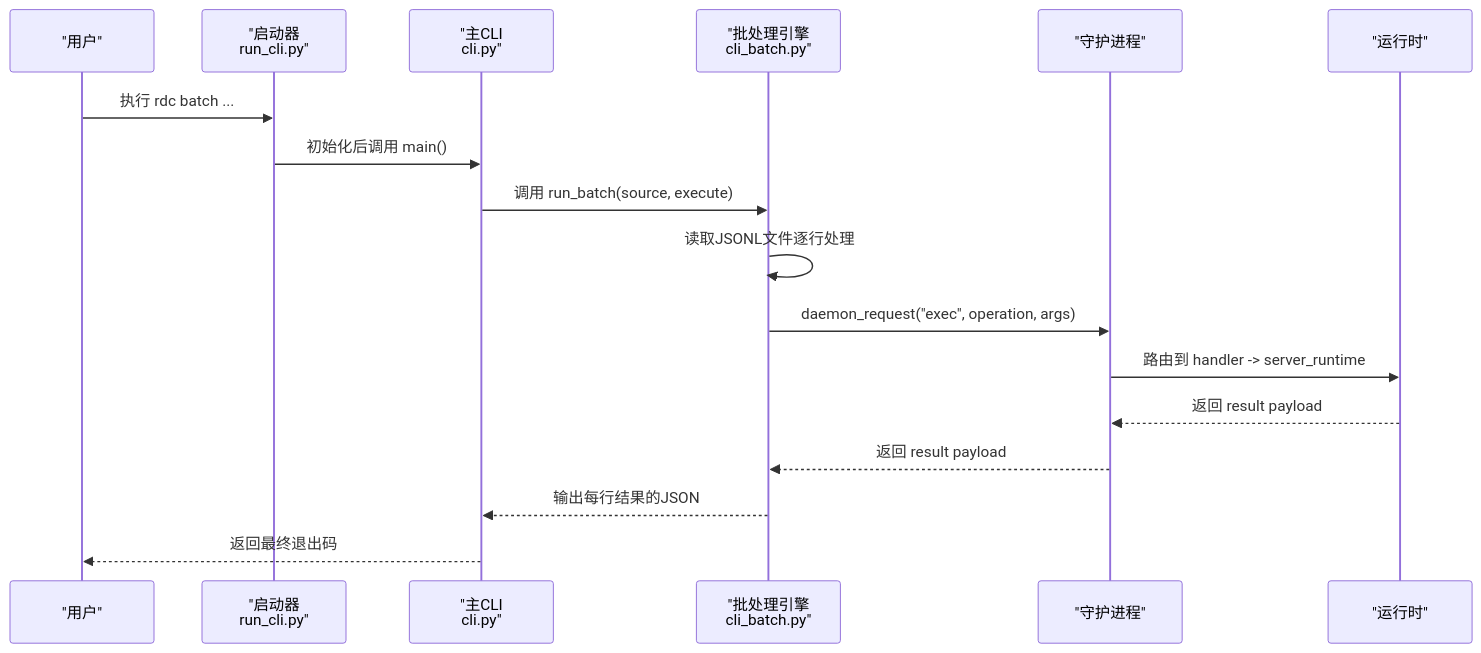
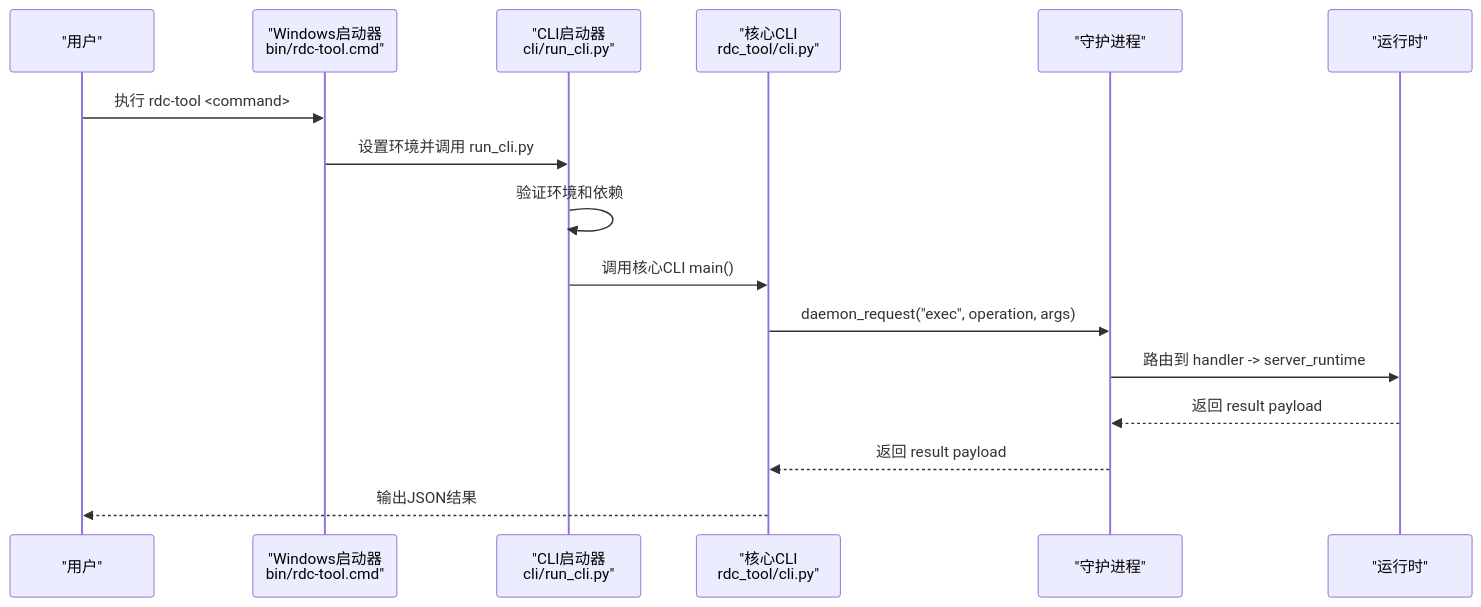
The second of 3 diagrams in .qoder/repowiki/zh/content/CLI参考手册/CLI参考手册.md (haolange/RDC-Tool), drawn with Mermaid before and after one commit. The commit also changed other lines of this file and 80 other files, not shown here.

````diff
--- a/.qoder/repowiki/zh/content/CLI参考手册/CLI参考手册.md
+++ b/.qoder/repowiki/zh/content/CLI参考手册/CLI参考手册.md
@@ -99,19 +84,18 @@
 ```mermaid
 sequenceDiagram
 participant U as "用户"
-participant L as "启动器<br/>run_cli.py"
-participant C as "主CLI<br/>cli.py"
-participant B as "批处理引擎<br/>cli_batch.py"
+participant L as "Windows启动器<br/>bin/rdc-tool.cmd"
+participant S as "CLI启动器<br/>cli/run_cli.py"
+participant C as "核心CLI<br/>rdc_tool/cli.py"
 participant D as "守护进程"
 participant R as "运行时"
-U->>L : 执行 rdc batch ...
-L->>C : 初始化后调用 main()
-C->>B : 调用 run_batch(source, execute)
-B->>B : 读取JSONL文件逐行处理
-B->>D : daemon_request("exec", operation, args)
+U->>L : 执行 rdc-tool <command>
+L->>S : 设置环境并调用 run_cli.py
+S->>S : 验证环境和依赖
+S->>C : 调用核心CLI main()
+C->>D : daemon_request("exec", operation, args)
 D->>R : 路由到 handler -> server_runtime
 R-->>D : 返回 result payload
-D-->>B : 返回 result payload
-B-->>C : 输出每行结果的JSON
-C-->>U : 返回最终退出码
+D-->>C : 返回 result payload
+C-->>U : 输出JSON结果
 ```
````
